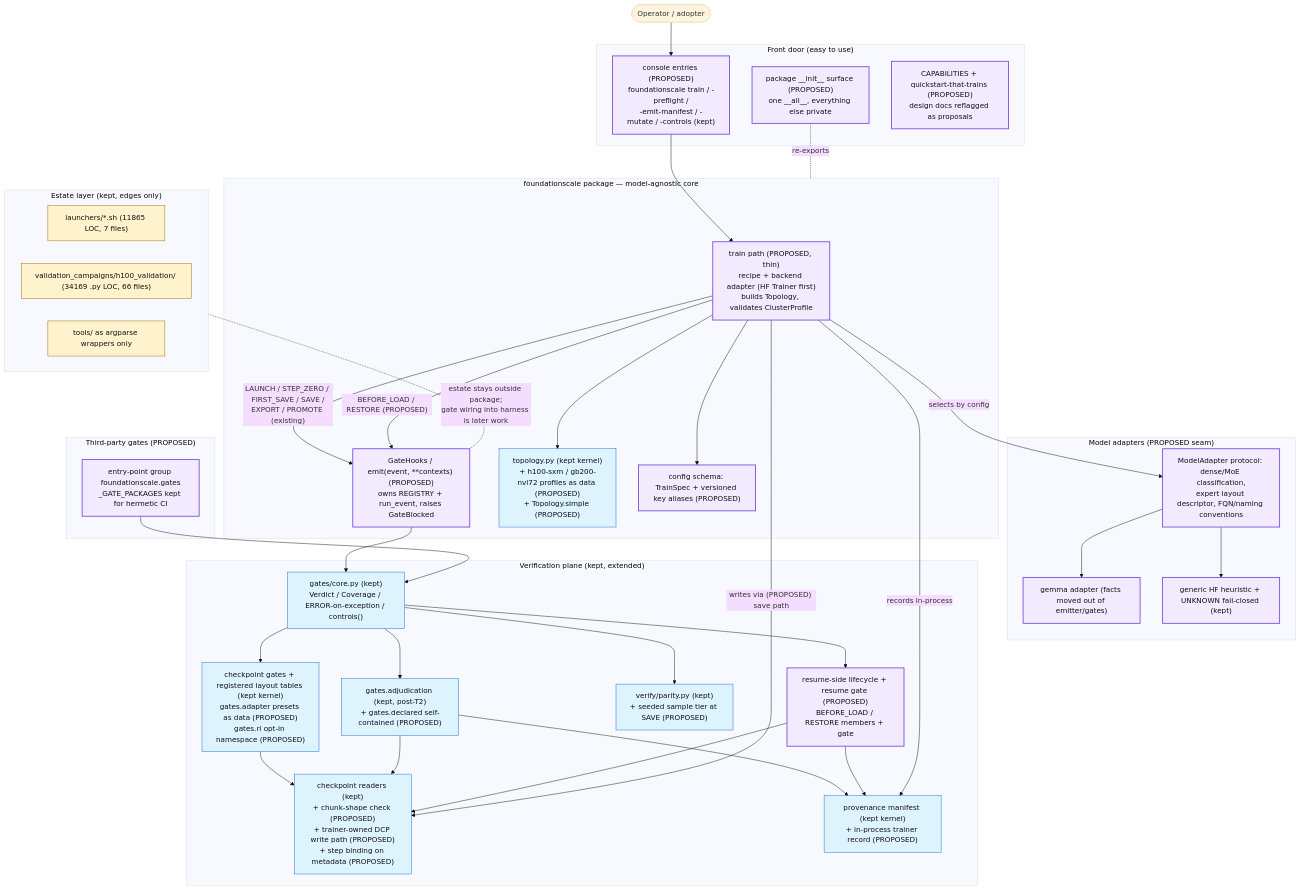
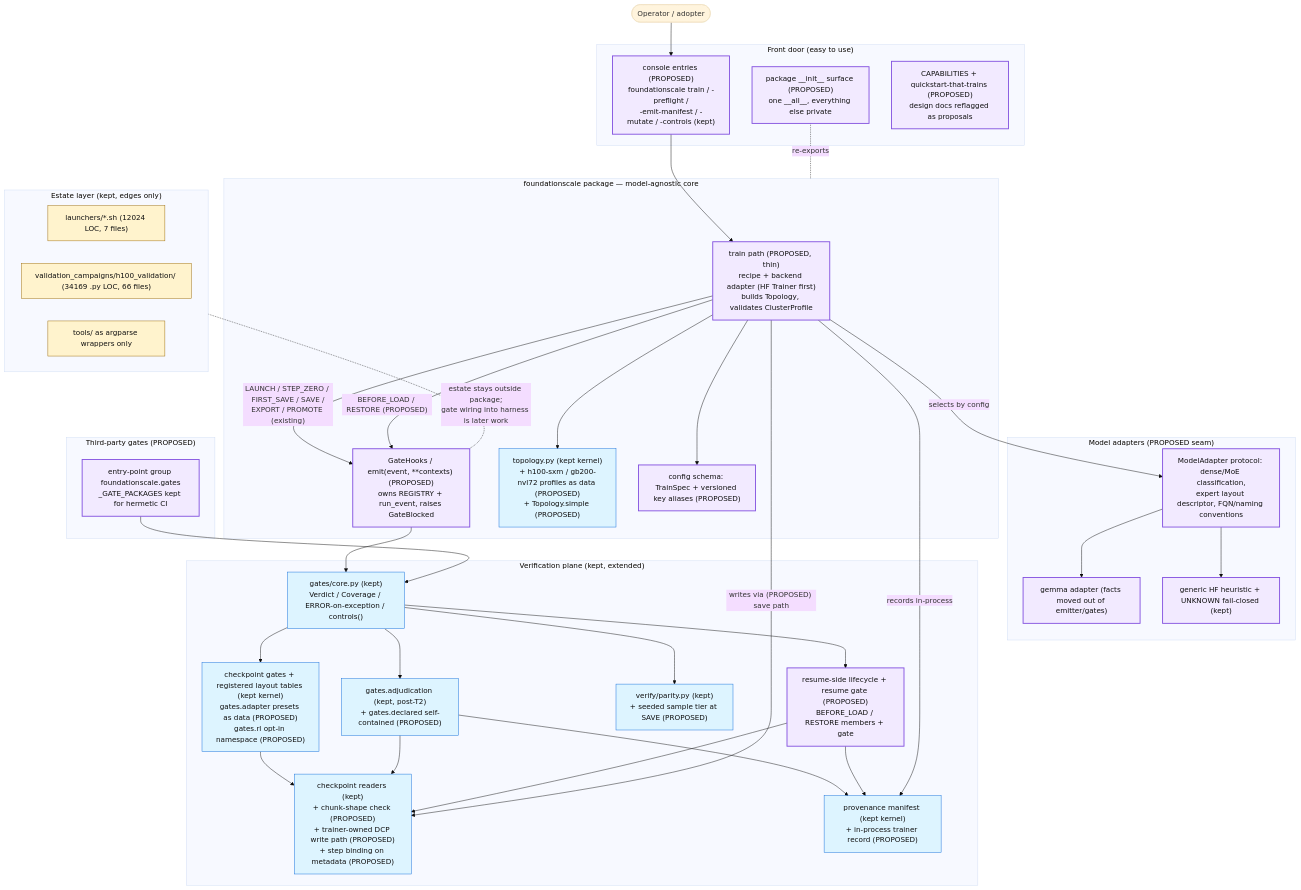
Before and after one commit to TranNhiem/FoundationScale: the diagram in docs/review/D5_proposed_architecture.md, drawn with Mermaid (base theme). The commit also changed other lines of this file and 23 other files, not shown here.

````diff
--- a/docs/review/D5_proposed_architecture.md
+++ b/docs/review/D5_proposed_architecture.md
@@ -13,74 +13,74 @@
 ```mermaid
 flowchart TB
   U(["Operator / adopter"])
 
   subgraph FRONT["Front door (easy to use)"]
     CLI["console entries (PROPOSED)<br/>foundationscale train / -preflight /<br/>-emit-manifest / -mutate / -controls (kept)"]
     SURF["package __init__ surface (PROPOSED)<br/>one __all__, everything else private"]
     DOCS["CAPABILITIES + quickstart-that-trains (PROPOSED)<br/>design docs reflagged as proposals"]
   end
 
   subgraph CORE["foundationscale package — model-agnostic core"]
     TRAIN["train path (PROPOSED, thin)<br/>recipe + backend adapter (HF Trainer first)<br/>builds Topology, validates ClusterProfile"]
     HOOKS["GateHooks / emit(event, **contexts) (PROPOSED)<br/>owns REGISTRY + run_event, raises GateBlocked"]
     TOPO["topology.py (kept kernel)<br/>+ h100-sxm / gb200-nvl72 profiles as data (PROPOSED)<br/>+ Topology.simple (PROPOSED)"]
     CONFIG["config schema: TrainSpec + versioned key aliases (PROPOSED)"]
   end
 
   subgraph ADAPT["Model adapters (PROPOSED seam)"]
     MA["ModelAdapter protocol: dense/MoE classification,<br/>expert layout descriptor, FQN/naming conventions"]
     GEM["gemma adapter (facts moved out of emitter/gates)"]
     HF["generic HF heuristic + UNKNOWN fail-closed (kept)"]
   end
 
   subgraph VERIFY["Verification plane (kept, extended)"]
     GCORE["gates/core.py (kept)<br/>Verdict / Coverage / ERROR-on-exception / controls()"]
     GCK["checkpoint gates + registered layout tables (kept kernel)<br/>gates.adapter presets as data (PROPOSED)<br/>gates.rl opt-in namespace (PROPOSED)"]
     ADJ["gates.adjudication (kept, post-T2)<br/>+ gates.declared self-contained (PROPOSED)"]
     PAR["verify/parity.py (kept)<br/>+ seeded sample tier at SAVE (PROPOSED)"]
     CKIO["checkpoint readers (kept)<br/>+ chunk-shape check (PROPOSED)<br/>+ trainer-owned DCP write path (PROPOSED)<br/>+ step binding on metadata (PROPOSED)"]
     PROV["provenance manifest (kept kernel)<br/>+ in-process trainer record (PROPOSED)"]
     RES["resume-side lifecycle + resume gate (PROPOSED)<br/>BEFORE_LOAD / RESTORE members + gate"]
   end
 
   subgraph PLUG["Third-party gates (PROPOSED)"]
     EP["entry-point group foundationscale.gates<br/>_GATE_PACKAGES kept for hermetic CI"]
   end
 
   subgraph ESTATE["Estate layer (kept, edges only)"]
-    LAU["launchers/*.sh (11865 LOC, 7 files)"]
+    LAU["launchers/*.sh (12024 LOC, 7 files)"]
     H100["validation_campaigns/h100_validation/ (34169 .py LOC, 66 files)"]
     WRAP["tools/ as argparse wrappers only"]
   end
 
   U --> CLI --> TRAIN
   SURF -. re-exports .- CORE
   TRAIN --> TOPO
   TRAIN --> CONFIG
   TRAIN -- "selects by config" --> MA
   MA --> GEM
   MA --> HF
   TRAIN -- "LAUNCH / STEP_ZERO / FIRST_SAVE / SAVE /<br/>EXPORT / PROMOTE (existing)" --> HOOKS
   TRAIN -- "BEFORE_LOAD / RESTORE (PROPOSED)" --> HOOKS
   HOOKS --> GCORE
   EP --> GCORE
   GCORE --> GCK
   GCORE --> ADJ
   GCORE --> PAR
   GCORE --> RES
   GCK --> CKIO
   ADJ --> CKIO
   ADJ --> PROV
   RES --> CKIO
   RES --> PROV
   TRAIN -- "writes via (PROPOSED) save path" --> CKIO
   TRAIN -- "records in-process" --> PROV
   ESTATE -. "estate stays outside package;<br/>gate wiring into harness is later work" .- HOOKS
 
   classDef new fill:#f2eaff,stroke:#8250df,stroke-width:2px,color:#111;
   classDef kept fill:#ddf4ff,stroke:#0969da,color:#111;
   classDef estate fill:#fff3cd,stroke:#9a6700,color:#111;
   class TRAIN,HOOKS,CLI,SURF,DOCS,MA,GEM,HF,RES,EP,CONFIG new;
   class GCORE,GCK,ADJ,PAR,CKIO,PROV,TOPO kept;
   class LAU,H100,WRAP estate;
 ```
````
